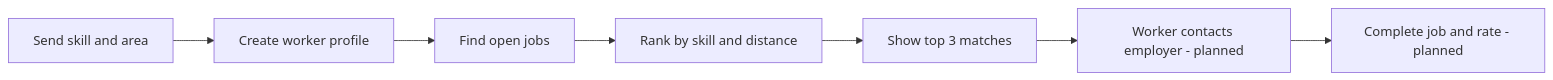
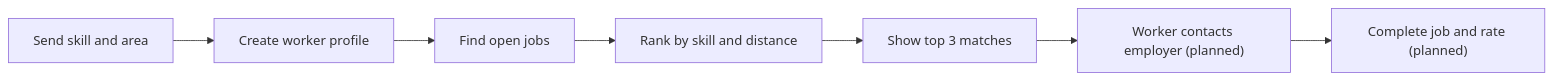
The second of 2 diagrams in README.md (kiranganji02/kayaka-prototype), drawn with Mermaid before and after one commit. The commit also changed other lines of this file, not shown here.

Commit message:
fix: resolve Mermaid render errors in product flow and worker journey diagrams

````diff
--- a/README.md
+++ b/README.md
@@ -54,9 +54,9 @@
 ```mermaid
 flowchart LR
     A[Send skill and area] --> B[Create worker profile]
     B --> C[Find open jobs]
     C --> D[Rank by skill and distance]
     D --> E[Show top 3 matches]
-    E --> F[Worker contacts employer - planned]
-    F --> G[Complete job and rate - planned]
+    E --> F["Worker contacts employer (planned)"]
+    F --> G["Complete job and rate (planned)"]
 ```
````
